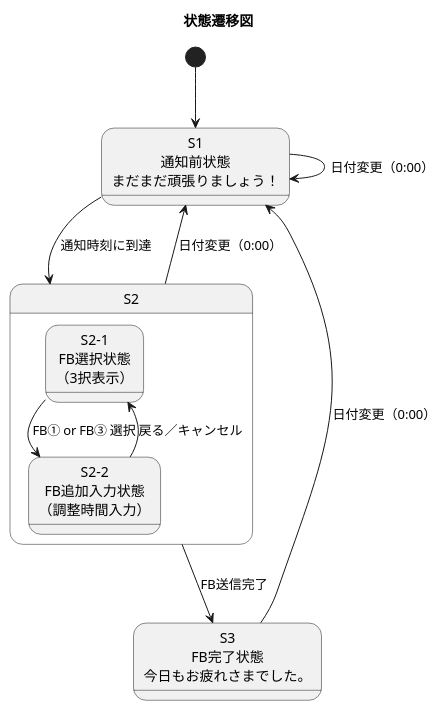
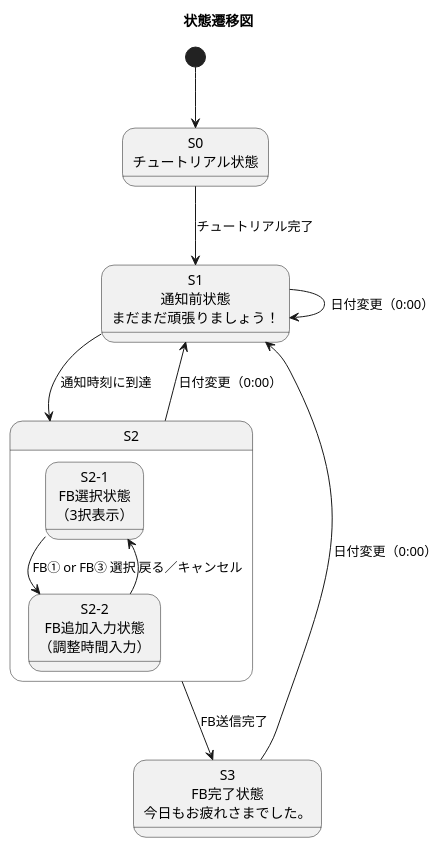
Before and after one commit to akamatrixxx/justtime: the diagram in assets/specifications/基本設計/状態遷移図.pu, drawn with PlantUML. The commit also changed 9 other files, not shown here.

```diff
--- a/assets/specifications/基本設計/状態遷移図.pu
+++ b/assets/specifications/基本設計/状態遷移図.pu
@@ -1,29 +1,34 @@
 @startuml
 title 状態遷移図
 
-[*] --> S1
-
+state S0 as "S0\nチュートリアル状態"
 state S1 as "S1\n通知前状態\nまだまだ頑張りましょう！"
 state S3 as "S3\nFB完了状態\n今日もお疲れさまでした。"
 
 state S2 {
   state S2_1 as "S2-1\nFB選択状態\n（3択表示）"
   state S2_2 as "S2-2\nFB追加入力状態\n（調整時間入力）"
 
   S2_1 --> S2_2 : FB① or FB③ 選択
   S2_2 --> S2_1 : 戻る／キャンセル
 }
+
+'--- 初回起動 ---
+[*] --> S0
+
+'--- チュートリアル完了
+S0 --> S1 : チュートリアル完了
 
 '--- 通知 ---
 S1 --> S2 : 通知時刻に到達
 
 '--- FB送信完了 ---
 S2 --> S3 : FB送信完了
 
 
 '--- 日跨ぎ ---
 S1 --> S1 : 日付変更（0:00）
 S2 --> S1 : 日付変更（0:00）
 S3 --> S1 : 日付変更（0:00）
 
 @enduml
```
